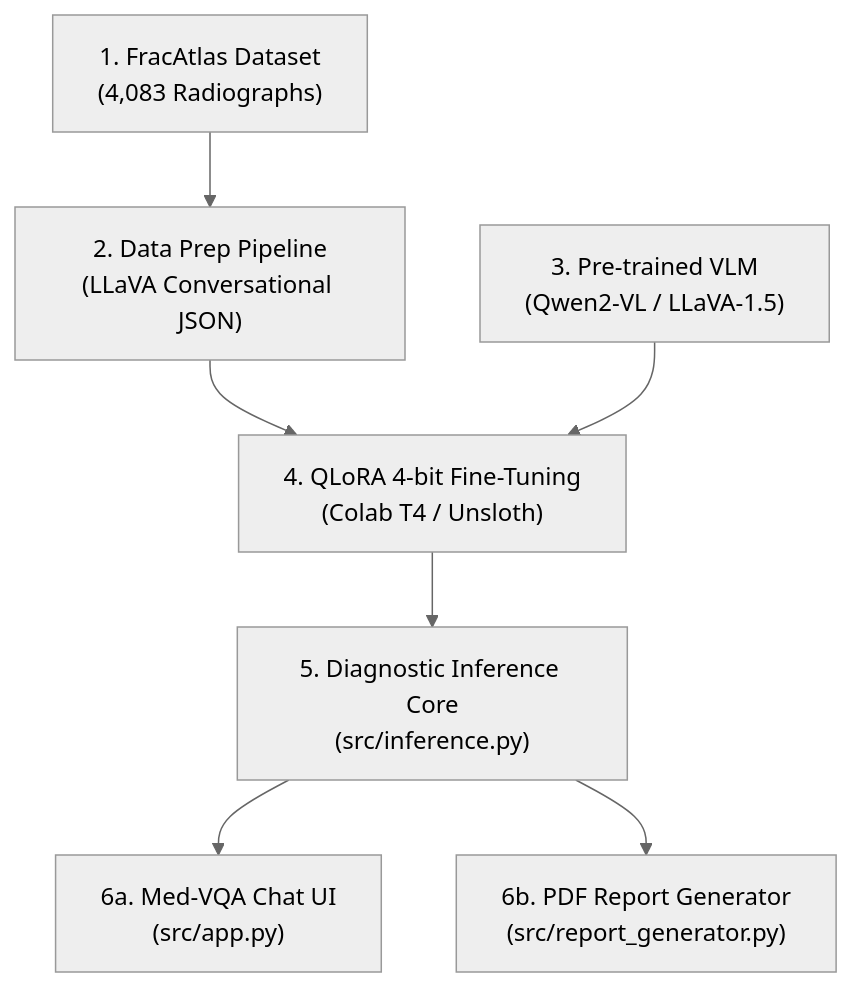
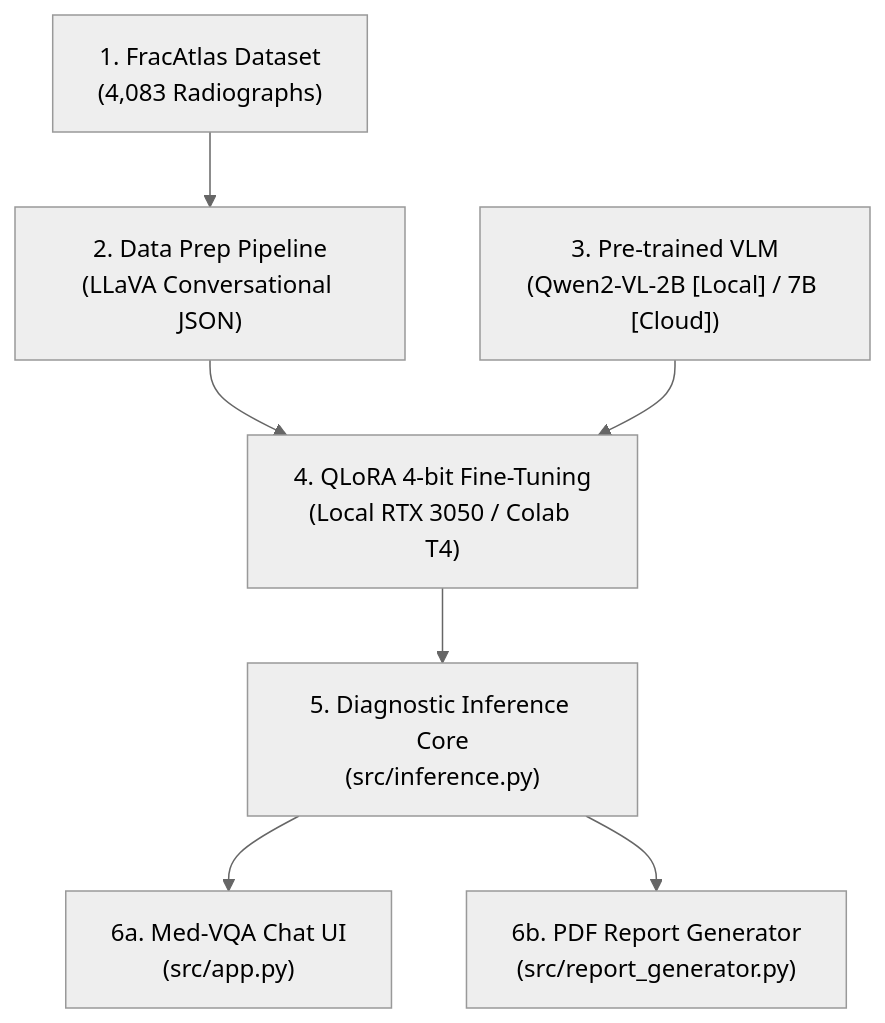
Before and after one commit to Sahanawaz233/medical-vlm-fracatlas: the diagram in README.md, drawn with Mermaid (neutral theme). The commit also changed other lines of this file and 14 other files, not shown here.

Commit message:
feat: complete VLM pipeline scaffolding, dual-engine architecture, separate live docs dashboard, and training orchestrator

````diff
--- a/README.md
+++ b/README.md
@@ -34,9 +38,9 @@
 ```mermaid
 flowchart TD
     DS["1. FracAtlas Dataset<br/>(4,083 Radiographs)"] --> DP["2. Data Prep Pipeline<br/>(LLaVA Conversational JSON)"]
-    DP --> FT["4. QLoRA 4-bit Fine-Tuning<br/>(Colab T4 / Unsloth)"]
-    PV["3. Pre-trained VLM<br/>(Qwen2-VL / LLaVA-1.5)"] --> FT
+    DP --> FT["4. QLoRA 4-bit Fine-Tuning<br/>(Local RTX 3050 / Colab T4)"]
+    PV["3. Pre-trained VLM<br/>(Qwen2-VL-2B [Local] / 7B [Cloud])"] --> FT
     FT --> DC["5. Diagnostic Inference Core<br/>(src/inference.py)"]
     DC --> VC["6a. Med-VQA Chat UI<br/>(src/app.py)"]
     DC --> RG["6b. PDF Report Generator<br/>(src/report_generator.py)"]
 ```
````
